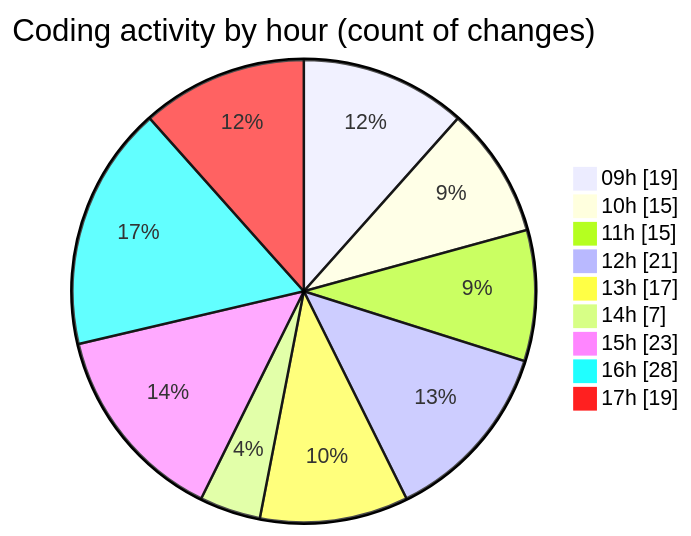
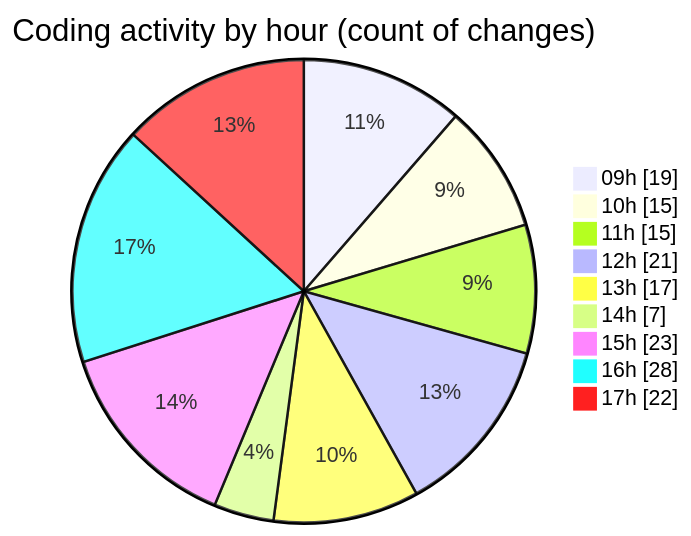
One commit to momahboobian/code-tracking changed the second of 2 diagrams in 2025-09-05/cda/README.md. Above: the diagram before and after it, drawn with Mermaid. The commit also changed other lines of this file and 1 other file, not shown here.

````diff
--- a/2025-09-05/cda/README.md
+++ b/2025-09-05/cda/README.md
@@ -37,13 +37,13 @@
 ```mermaid
 pie showData
 title Coding activity by hour (count of changes)
 "09h" : 19
 "10h" : 15
 "11h" : 15
 "12h" : 21
 "13h" : 17
 "14h" : 7
 "15h" : 23
 "16h" : 28
-"17h" : 19
+"17h" : 22
 ```
````
